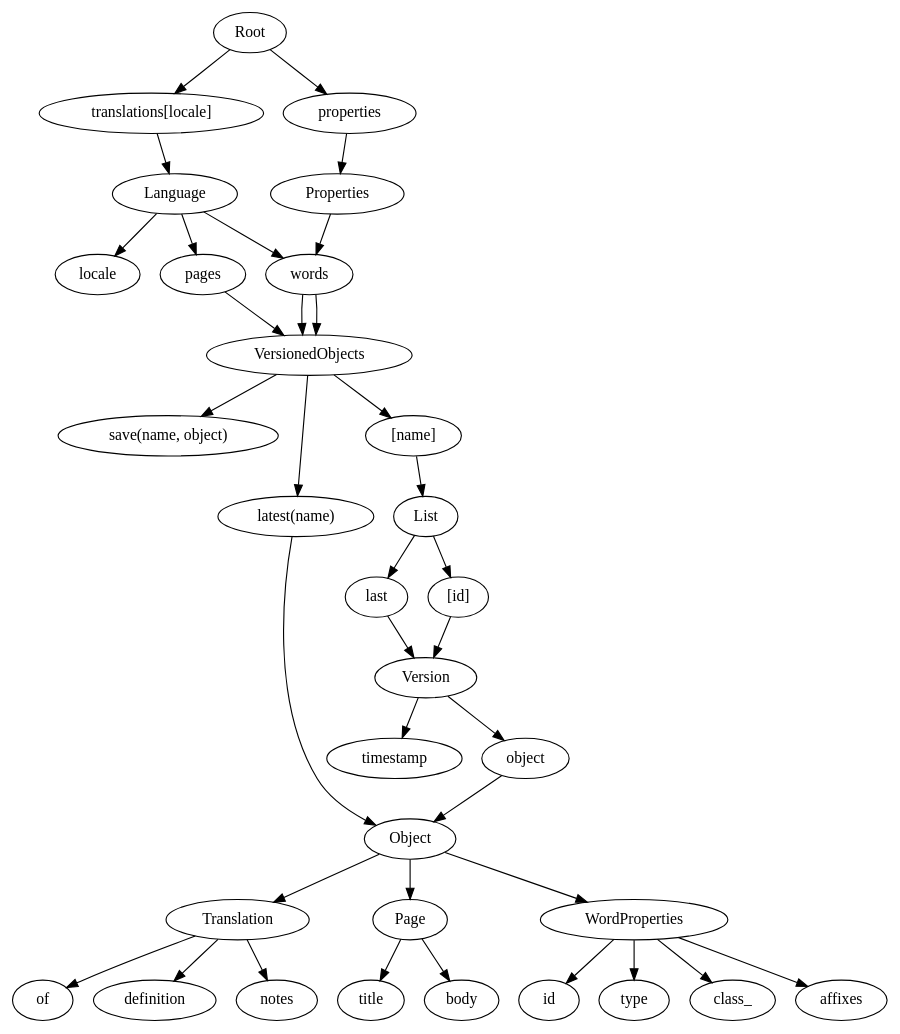
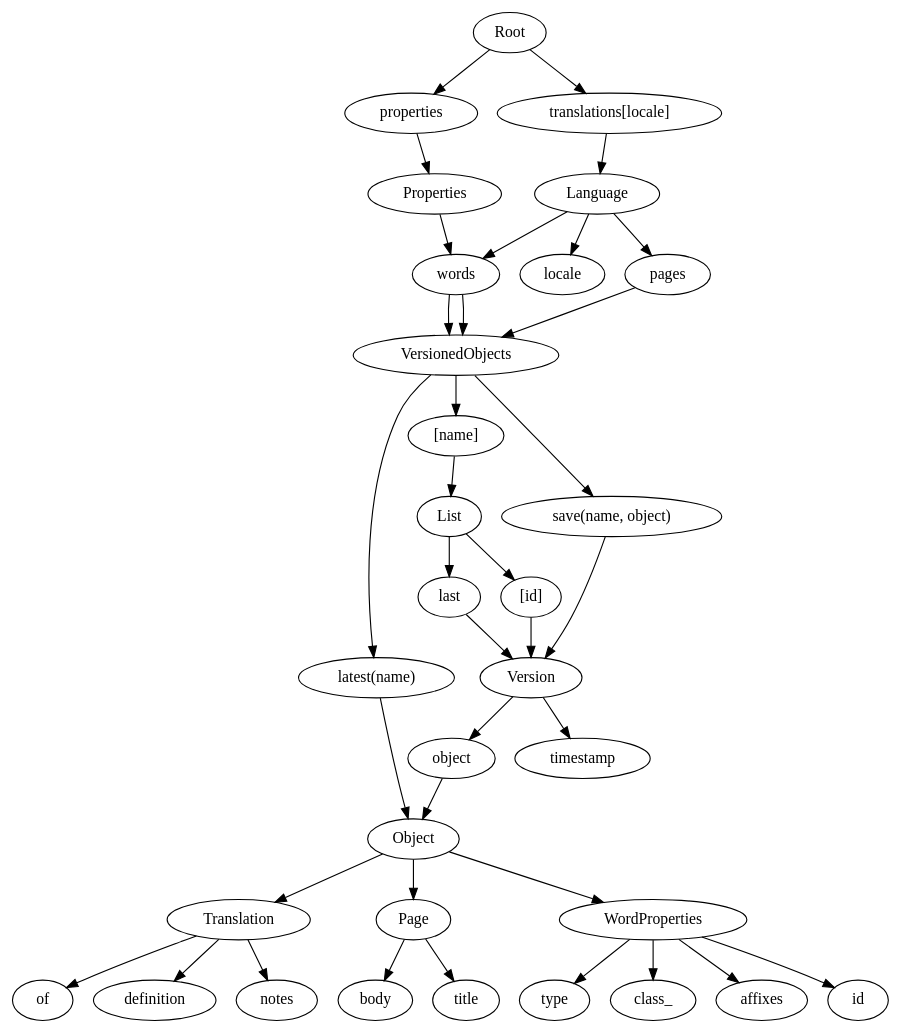
One commit to dag/relvlast changed the diagram in docs/relvlast.rst. Above: the diagram before and after it, drawn with Graphviz.

Commit message:
versionobjects save() returns version

```diff
--- a/docs/relvlast.rst
+++ b/docs/relvlast.rst
@@ -8,36 +8,36 @@
 .. digraph:: root
 
   Root -> "translations[locale]" -> Language;
   Root -> properties -> Properties;
 
   Language -> locale;
   Language -> words -> VersionedObjects;
   Language -> pages -> VersionedObjects;
 
   Properties -> words -> VersionedObjects;
 
-  VersionedObjects -> "save(name, object)";
+  VersionedObjects -> "save(name, object)" -> Version;
   VersionedObjects -> "latest(name)" -> Object;
   VersionedObjects -> "[name]" -> List;
 
   List -> last -> Version;
   List -> "[id]" -> Version;
 
   Version -> timestamp;
   Version -> object -> Object;
 
   Object -> Translation;
   Object -> Page;
   Object -> WordProperties;
 
   Translation -> of;
   Translation -> definition;
   Translation -> notes;
 
   Page -> title;
   Page -> body;
 
   WordProperties -> id;
   WordProperties -> type;
   WordProperties -> class_;
   WordProperties -> affixes;
```
